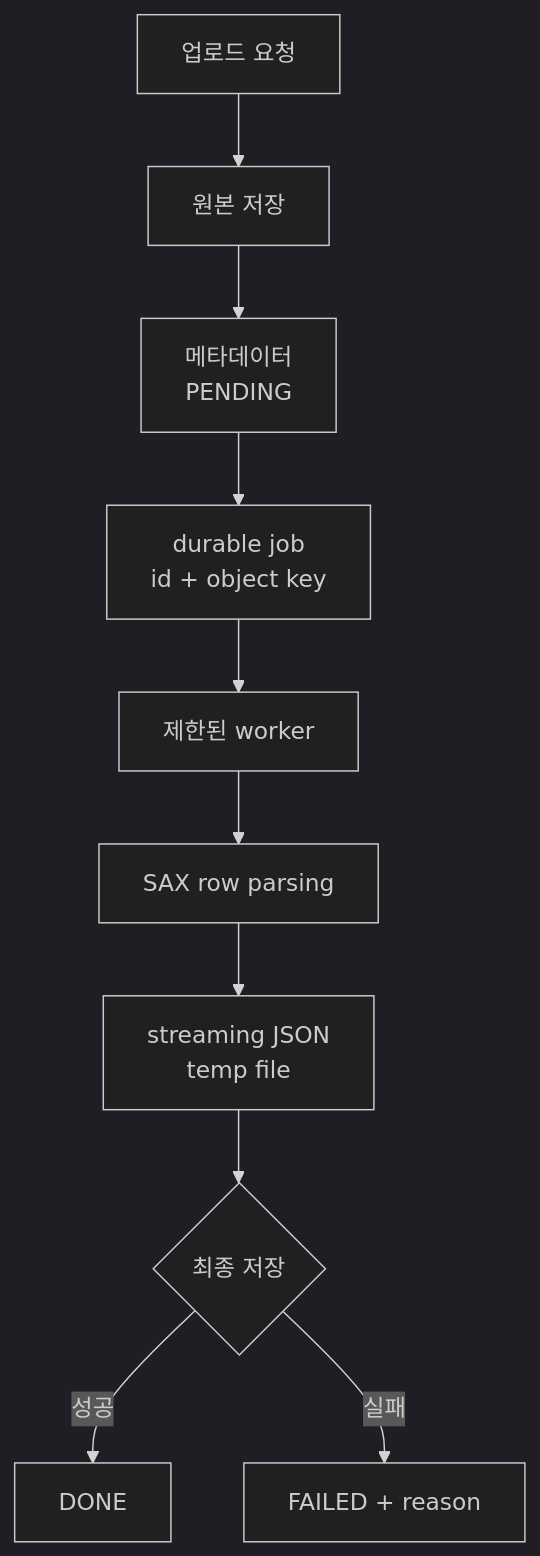
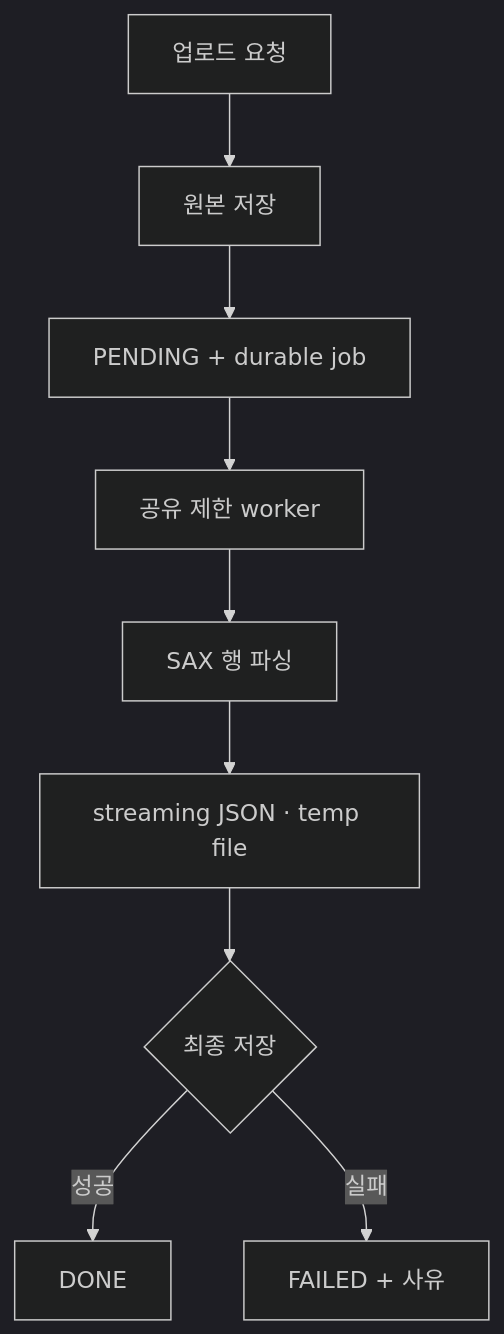
Before and after one commit to Joooooonha/excel-streaming-parser-study: the fourth of 4 diagrams in README.md, drawn with Mermaid (dark theme). The commit also changed other lines of this file, not shown here.

````diff
--- a/README.md
+++ b/README.md
@@ -372,12 +126,11 @@
 ```mermaid
 flowchart TD
     A["업로드 요청"] --> B["원본 저장"]
-    B --> C["메타데이터<br>PENDING"]
-    C --> D["durable job<br>id + object key"]
-    D --> E["제한된 worker"]
-    E --> F["SAX row parsing"]
-    F --> G["streaming JSON<br>temp file"]
-    G --> H{"최종 저장"}
-    H -->|성공| I["DONE"]
-    H -->|실패| J["FAILED + reason"]
+    B --> C["PENDING + durable job"]
+    C --> D["공유 제한 worker"]
+    D --> E["SAX 행 파싱"]
+    E --> F["streaming JSON · temp file"]
+    F --> G{"최종 저장"}
+    G -->|성공| H["DONE"]
+    G -->|실패| I["FAILED + 사유"]
 ```
````
